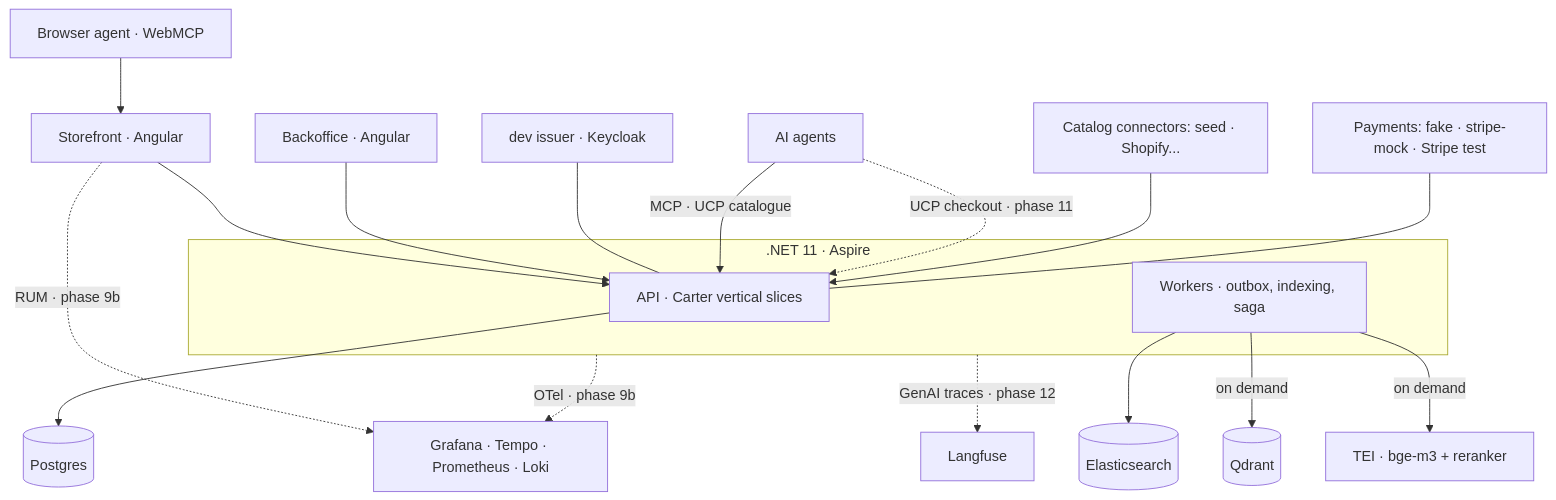
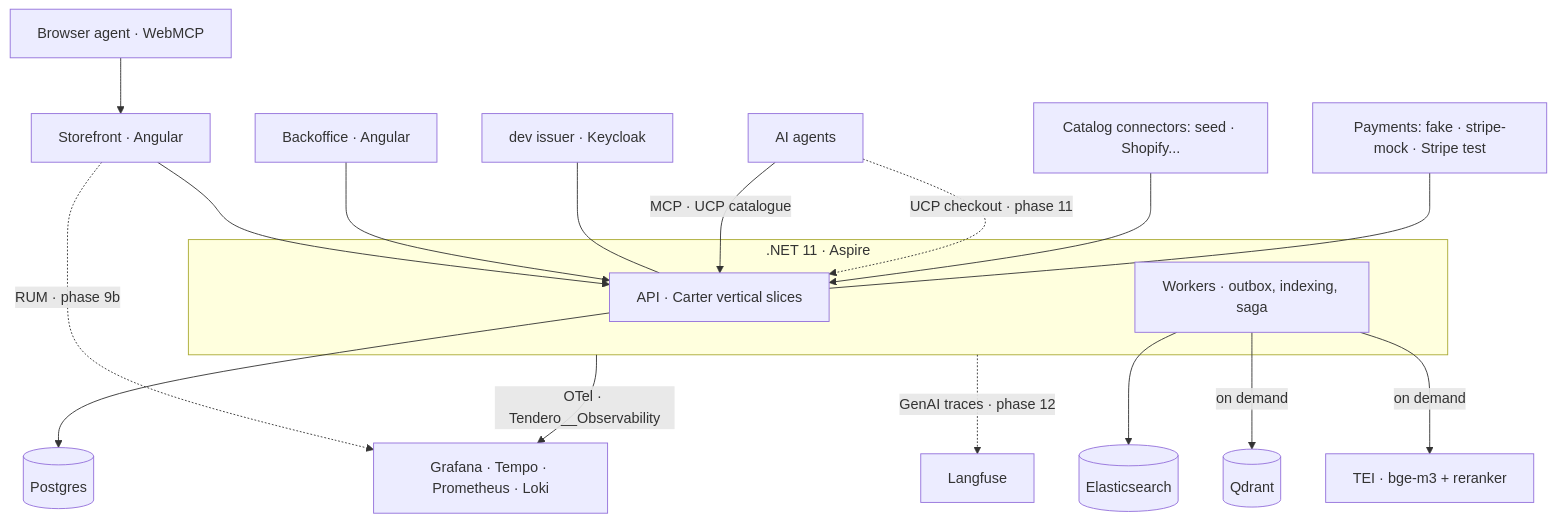
One commit to juanluelguerre/tendero changed the diagram in README.md. Above: the diagram before and after it, drawn with Mermaid. The commit also changed other lines of this file and 11 other files, not shown here.

````diff
--- a/README.md
+++ b/README.md
@@ -61,22 +61,22 @@
 ```mermaid
 flowchart TB
     WM[Browser agent · WebMCP] --> SF
     SF[Storefront · Angular] --> API
     BO[Backoffice · Angular] --> API
     IDP[dev issuer · Keycloak] --- API
     AG[AI agents] -->|MCP · UCP catalogue| API
     AG -.->|UCP checkout · phase 11| API
     subgraph Backend [.NET 11 · Aspire]
         API[API · Carter vertical slices]
         WK[Workers · outbox, indexing, saga]
     end
     API --> PG[(Postgres)]
     WK --> ES[(Elasticsearch)]
     WK -->|on demand| QD[(Qdrant)]
     WK -->|on demand| OL[TEI · bge-m3 + reranker]
-    Backend -.->|OTel · phase 9b| OBS[Grafana · Tempo · Prometheus · Loki]
+    Backend -->|OTel · Tendero__Observability| OBS[Grafana · Tempo · Prometheus · Loki]
     SF -.->|RUM · phase 9b| OBS
     Backend -.->|GenAI traces · phase 12| LF[Langfuse]
     EXT[Catalog connectors: seed · Shopify...] --> API
     PAY[Payments: fake · stripe-mock · Stripe test] --- API
 ```
````
